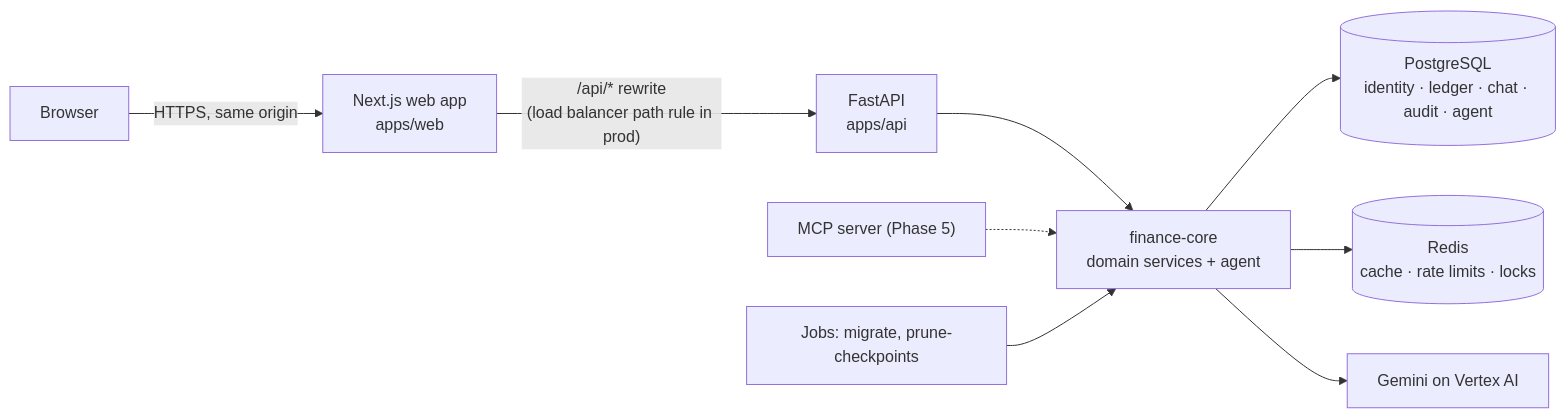
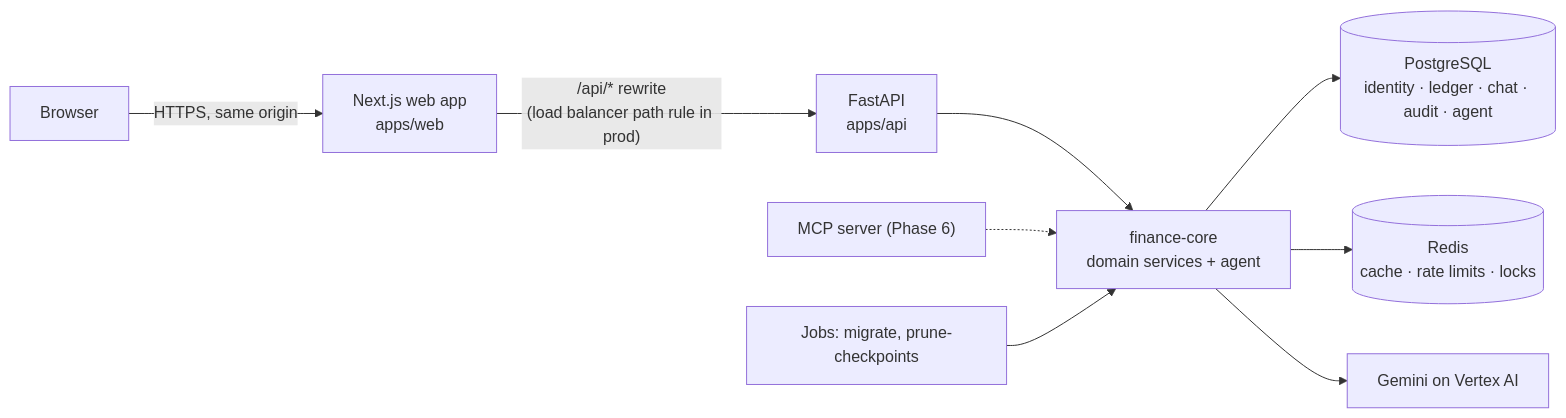
One commit to miteshjadav98/TrackMySpend changed the first of 2 diagrams in docs/architecture.md. Above: the diagram before and after it, drawn with Mermaid. The commit also changed other lines of this file and 4 other files, not shown here.

````diff
--- a/docs/architecture.md
+++ b/docs/architecture.md
@@ -26,11 +26,11 @@
 ```mermaid
 flowchart LR
     browser["Browser"] -->|"HTTPS, same origin"| web["Next.js web app<br/>apps/web"]
     web -->|"/api/* rewrite<br/>(load balancer path rule in prod)"| api["FastAPI<br/>apps/api"]
     api --> core["finance-core<br/>domain services + agent"]
     core --> pg[("PostgreSQL<br/>identity · ledger · chat · audit · agent")]
     core --> redis[("Redis<br/>cache · rate limits · locks")]
     core --> gemini["Gemini on Vertex AI"]
-    mcp["MCP server (Phase 5)"] -.-> core
+    mcp["MCP server (Phase 6)"] -.-> core
     jobs["Jobs: migrate, prune-checkpoints"] --> core
 ```
````
